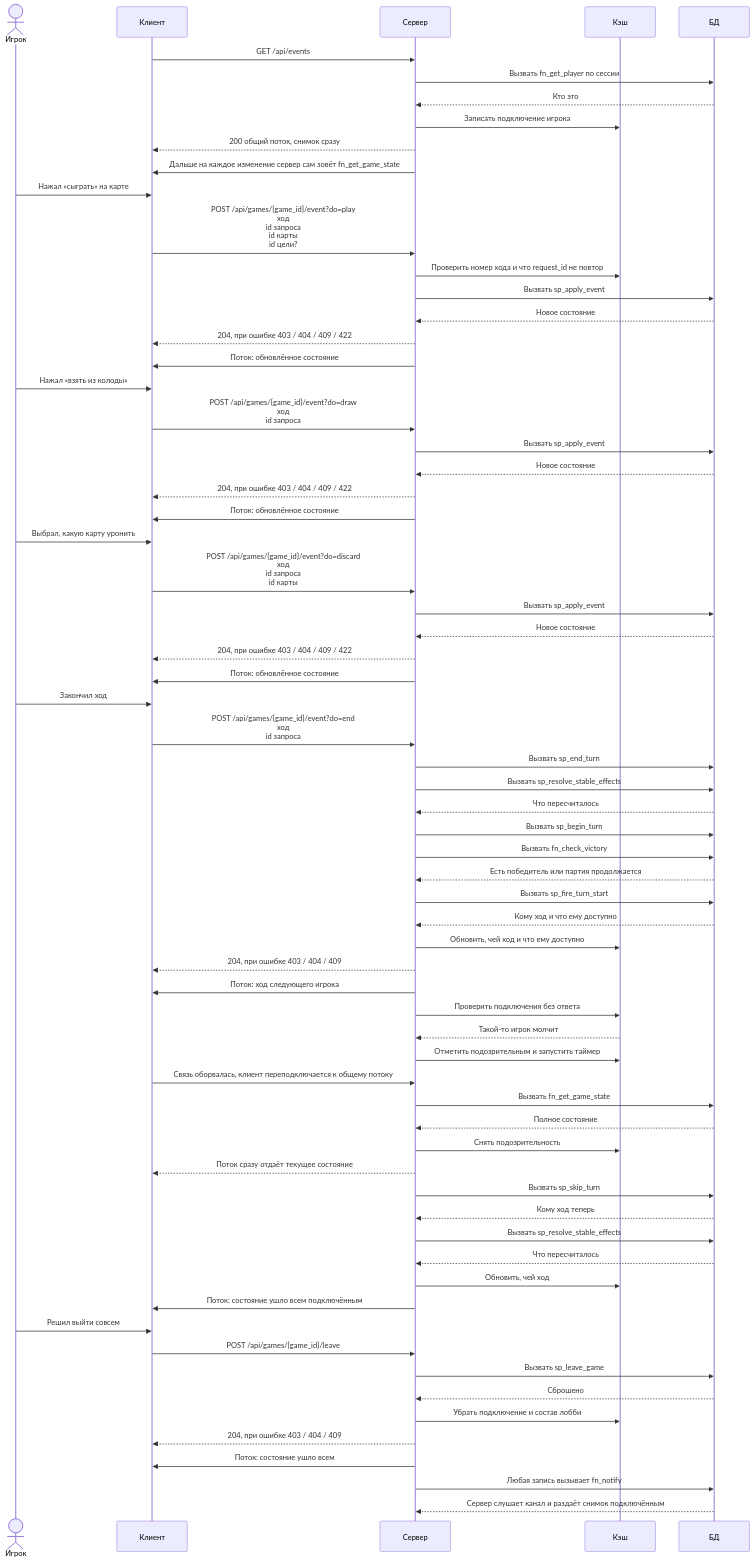
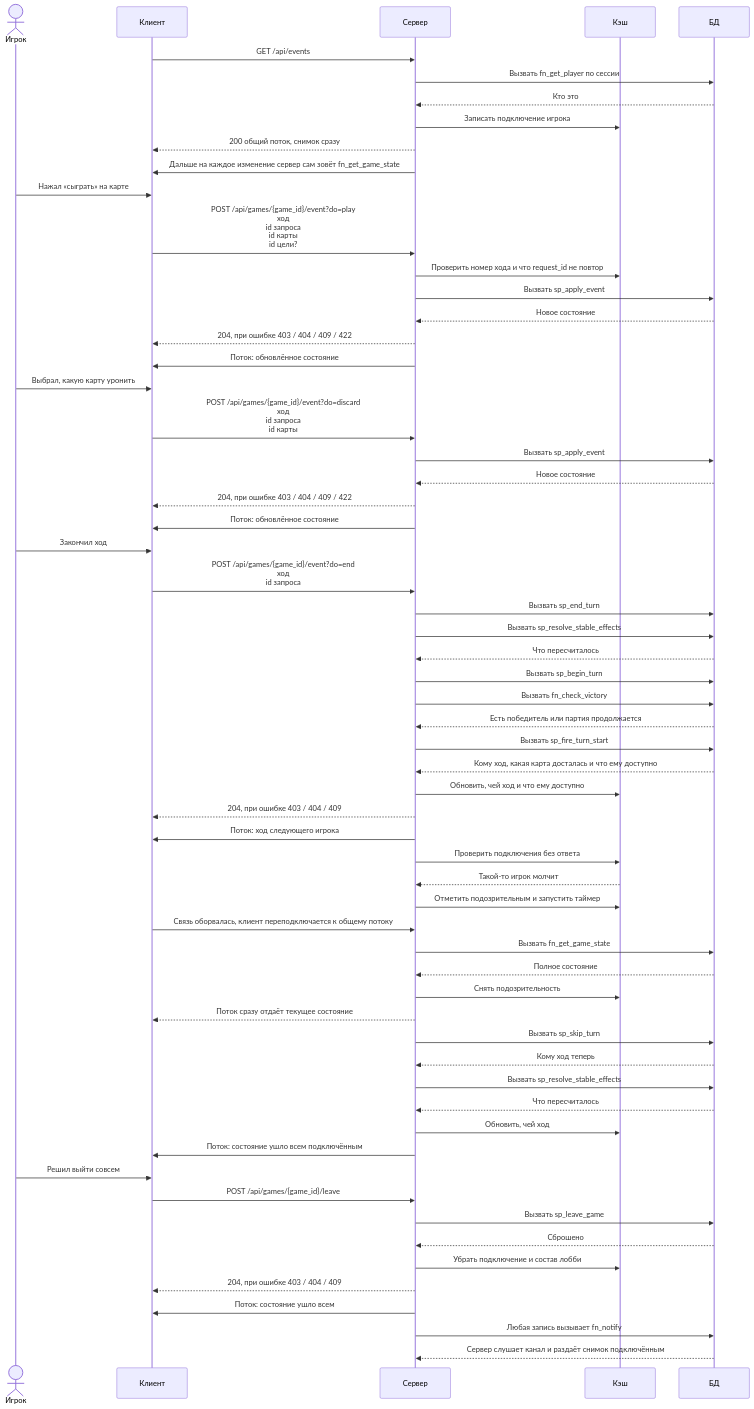
Before and after one commit to docup1/edin-game: the diagram in diagrams/game.mmd, drawn with Mermaid. The commit also changed 1 other file, not shown here.

Commit message:
Убрать do=draw, чинить available в примере SSE
Добора из колоды отдельного действия не было и не должно быть:
DRAW_FROM_DECK и так механика карты, поэтому колоду добирает play.
Свободный do=draw давал бы клиенту взять карту, не сыграв ни одной,
и ломал правило, что клиент оперирует картами, а не механиками.

Добор в начале хода переехал в sp_begin_turn, поэтому рука не может
оказаться пустой и тупика с нечем играть не будет. Осталось
play, discard, end.

В примере game_state в available стояли названия механик - остаток
от старого формата. Заменил на карты с needs_target, как в остальном
документе.

```diff
--- a/diagrams/game.mmd
+++ b/diagrams/game.mmd
@@ -1,133 +1,129 @@
 %% Всё, что происходит во время партии: поток, ход, обрыв связи, пропуск, выход.
 %% Два эндпоинта: один event с действием в query и выход.
 %% Клиент оперирует картами и выбирает цель. Названия механик, назначение,
 %% количество и позиции определяет сервер - клиент их не знает и не видит.
 %% Связь и признак «кто на связи» - в кэше, все факты - в базе.
 %% Ошибки: 403 не его ход, 404 нет партии, 409 номер хода не совпал или
 %% повтор request_id, 422 карта не в available или цель не из присланного списка.
 %% Состояние в потоке всегда полное и приходит при любом изменении, отдельных
 %% событий про карты и ходы нет. Кэш держит только подключения, поэтому
 %% перезапуск сервера ничего не теряет.
 sequenceDiagram
     actor U as Игрок
     participant C as Клиент
     participant S as Сервер
     participant K as Кэш
     participant D as БД
 
     C->>S: GET /api/events
     S->>D: Вызвать fn_get_player по сессии
     D-->>S: Кто это
     S->>K: Записать подключение игрока
     S-->>C: 200 общий поток, снимок сразу
     S->>C: Дальше на каждое изменение сервер сам зовёт fn_get_game_state
 
     U->>C: Нажал «сыграть» на карте
     C->>S: POST /api/games/{game_id}/event?do=play<br/>ход<br/>id запроса<br/>id карты<br/>id цели?
     S->>K: Проверить номер хода и что request_id не повтор
     S->>D: Вызвать sp_apply_event
     D-->>S: Новое состояние
     S-->>C: 204, при ошибке 403 / 404 / 409 / 422
     S->>C: Поток: обновлённое состояние
 
-    U->>C: Нажал «взять из колоды»
-    C->>S: POST /api/games/{game_id}/event?do=draw<br/>ход<br/>id запроса
-    S->>D: Вызвать sp_apply_event
-    D-->>S: Новое состояние
-    S-->>C: 204, при ошибке 403 / 404 / 409 / 422
-    S->>C: Поток: обновлённое состояние
-
     U->>C: Выбрал, какую карту уронить
     C->>S: POST /api/games/{game_id}/event?do=discard<br/>ход<br/>id запроса<br/>id карты
     S->>D: Вызвать sp_apply_event
     D-->>S: Новое состояние
     S-->>C: 204, при ошибке 403 / 404 / 409 / 422
     S->>C: Поток: обновлённое состояние
 
     U->>C: Закончил ход
     C->>S: POST /api/games/{game_id}/event?do=end<br/>ход<br/>id запроса
     S->>D: Вызвать sp_end_turn
     S->>D: Вызвать sp_resolve_stable_effects
     D-->>S: Что пересчиталось
     S->>D: Вызвать sp_begin_turn
     S->>D: Вызвать fn_check_victory
     D-->>S: Есть победитель или партия продолжается
     S->>D: Вызвать sp_fire_turn_start
-    D-->>S: Кому ход и что ему доступно
+    D-->>S: Кому ход, какая карта досталась и что ему доступно
     S->>K: Обновить, чей ход и что ему доступно
     S-->>C: 204, при ошибке 403 / 404 / 409
     S->>C: Поток: ход следующего игрока
 
     S->>K: Проверить подключения без ответа
     K-->>S: Такой-то игрок молчит
     S->>K: Отметить подозрительным и запустить таймер
     C->>S: Связь оборвалась, клиент переподключается к общему потоку
     S->>D: Вызвать fn_get_game_state
     D-->>S: Полное состояние
     S->>K: Снять подозрительность
     S-->>C: Поток сразу отдаёт текущее состояние
 
     S->>D: Вызвать sp_skip_turn
     D-->>S: Кому ход теперь
     S->>D: Вызвать sp_resolve_stable_effects
     D-->>S: Что пересчиталось
     S->>K: Обновить, чей ход
     S->>C: Поток: состояние ушло всем подключённым
 
     U->>C: Решил выйти совсем
     C->>S: POST /api/games/{game_id}/leave
     S->>D: Вызвать sp_leave_game
     D-->>S: Сброшено
     S->>K: Убрать подключение и состав лобби
     S-->>C: 204, при ошибке 403 / 404 / 409
     S->>C: Поток: состояние ушло всем
 
     S->>D: Любая запись вызывает fn_notify
     D-->>S: Сервер слушает канал и раздаёт снимок подключённым
 
     %% available - просто список карт, которые можно сыграть. Названий механик
     %% клиент не знает. Если карте нужна цель, сервер пишет это прямо в
     %% карточке и присылает список целей, из которых игрок выбирает.
     %% Тело event при do=play: { turn, request_id, card_id, target_id? }.
-    %% Действие живёт в query как do: play, draw, end, discard. Тело при этом
+    %% Действие живёт в query как do: play, discard, end. Тело при этом
     %% одно и то же для всех, поля зависят от действия.
-    %% do=draw берёт карту из колоды без указания карты, do=discard кладёт
-    %% указанную карту в сброс. Никаких названий механик в запросе нет.
+    %% Добора из колоды отдельного действия нет: карта добирает механикой
+    %% DRAW_FROM_DECK, то есть через play, а в начале хода карту берёт
+    %% sp_begin_turn. Клиент не может взять из колоды просто так.
+    %% do=discard кладёт указанную карту в сброс. Никаких названий механик
+    %% в запросе нет.
     %% По карте сервер сам находит её механики и решает, куда её класть, сколько
     %% карт связано и на какую позицию. Разовые механики карты отрабатывают все
     %% разом, выбрать одну из нескольких нельзя. То, что осталось в стойке,
     %% живёт дальше по своим правилам.
     %% Одна операция - одна транзакция. Проверяется против состояния, а не против
     %% того, что прислал клиент. Не прошла - откат целиком и 422.
     %% Ответ пустой не потому, что серверу нечего сказать: состояние приходит
     %% в поток, а дублировать его значило бы отправить его дважды.
     %% event можно слать несколько подряд: каждый применяется сразу, поэтому
     %% следующий видит уже изменённое состояние, и порядок важен.
     %% Ограничения клиент не проверяет - сервер пересчитывает available.
     %% do=end сбрасывает лишние карты и закрывает ход, дальше открывает следующий
     %% сам, без запроса клиента.
     %% sp_resolve_stable_effects пересчитывает у всех PROTECT_STABLE,
     %% RESTRICT_CARD_PLAY и COUNT_AS_UNICORN. Счётчики длительности уменьшаются
     %% только за действительно сыгранные ходы, не за пропущенные - иначе чужой
     %% обрыв связи тратил бы всем защиту. Механика упала - пропускаем её, пишем
     %% в лог и идём дальше: одна сломанная карта не должна останавливать игру.
     %% sp_begin_turn выбирает следующего игрока и проверяет его ход на пропуск.
     %% Пропуск - не сыгранный ход: метка снимается, триггеры начала хода не
     %% запускаются. Пропуски подряд считаются, чтобы не зациклиться.
     %% sp_fire_turn_start срабатывает у стойл того, чей ход действительно
     %% открывается.
     %% Разорванную связь не считаем выходом сразу: ждём короткое время, вдруг
     %% это плохая связь. Догонять историю не нужно, снимок и так полный - клиент
     %% перерисовывает всё заново. Номера событий не храним и Last-Event-ID не
     %% шлём.
     %% Клиент не вернулся до конца таймера - ход переходит дальше по правилам,
     %% счётчик ходов увеличивается, чтобы игрок не накапливал ходы за время
     %% отсутствия. Пересчёт защит и запретов идёт как обычно, он не зависит от
     %% того, чей ход.
     %% sp_leave_game отправляет карты игрока в сброс, но сам игрок остаётся в
     %% партии с пустой рукой: выбывшим он не считается, место за ним сохраняется,
     %% поэтому join пускает его обратно даже после старта. Ход ему не вернётся,
     %% но состояние он увидит полностью. Ничего не теряется, потому что всё
     %% важное лежит в базе, а в кэше только подключения.
     %% Уведомления идут через базу, поэтому все экземпляры сервера видят одно и
     %% то же состояние.
```
